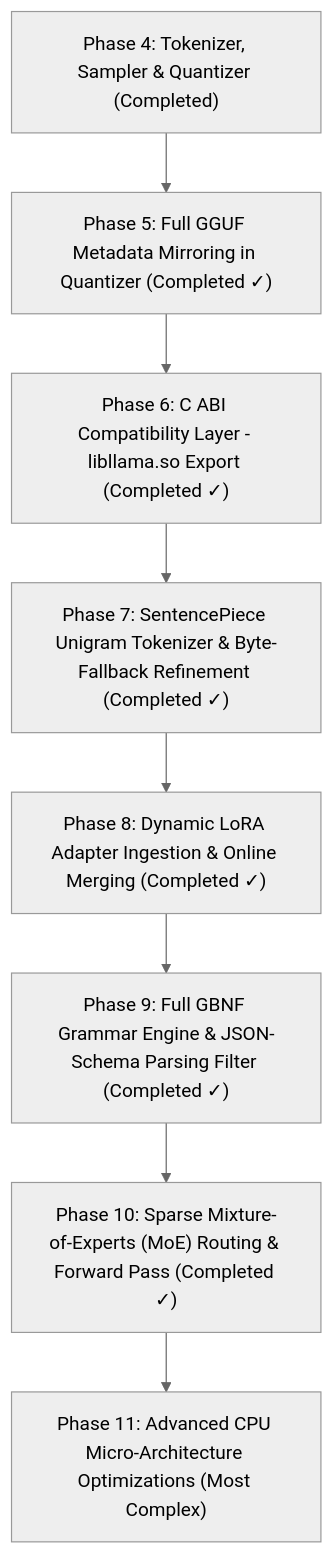
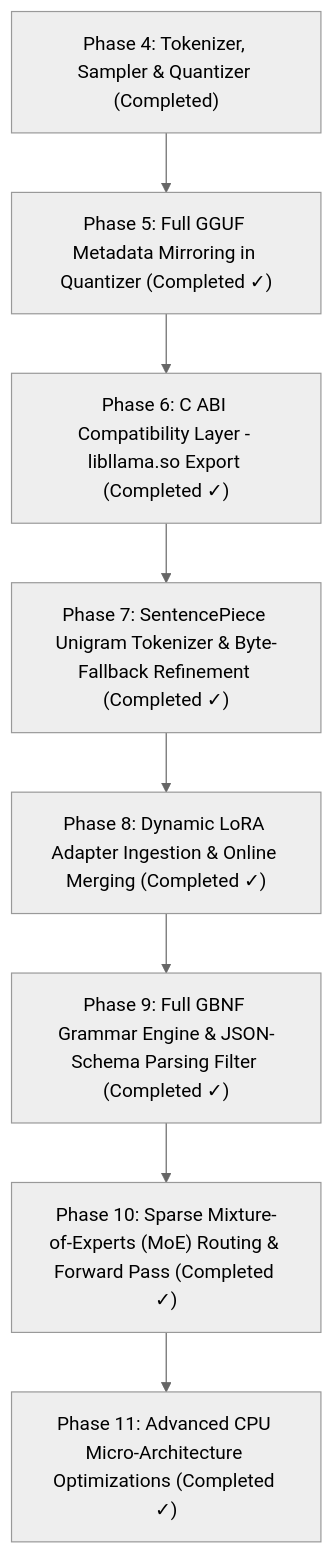
Before and after one commit to tasahi/llamojo: the diagram in docs/pure_cpu_extension_plan.md, drawn with Mermaid (neutral theme). The commit also changed other lines of this file and 26 other files, not shown here.

````diff
--- a/docs/pure_cpu_extension_plan.md
+++ b/docs/pure_cpu_extension_plan.md
@@ -13,19 +13,19 @@
 ```mermaid
 flowchart TD
     P4["Phase 4: Tokenizer, Sampler & Quantizer (Completed)"]
     P5["Phase 5: Full GGUF Metadata Mirroring in Quantizer (Completed ✓)"]
     P6["Phase 6: C ABI Compatibility Layer - libllama.so Export (Completed ✓)"]
     P7["Phase 7: SentencePiece Unigram Tokenizer & Byte-Fallback Refinement (Completed ✓)"]
     P8["Phase 8: Dynamic LoRA Adapter Ingestion & Online Merging (Completed ✓)"]
     P9["Phase 9: Full GBNF Grammar Engine & JSON-Schema Parsing Filter (Completed ✓)"]
     P10["Phase 10: Sparse Mixture-of-Experts (MoE) Routing & Forward Pass (Completed ✓)"]
-    P11["Phase 11: Advanced CPU Micro-Architecture Optimizations (Most Complex)"]
+    P11["Phase 11: Advanced CPU Micro-Architecture Optimizations (Completed ✓)"]
 
     P4 --> P5
     P5 --> P6
     P6 --> P7
     P7 --> P8
     P8 --> P9
     P9 --> P10
     P10 --> P11
 ```
````
